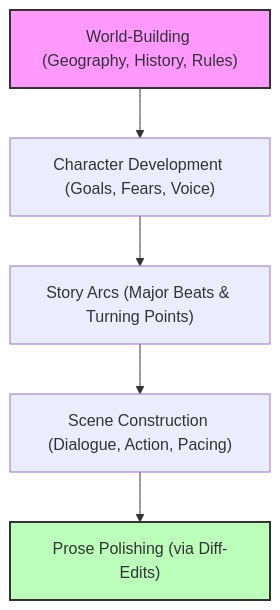
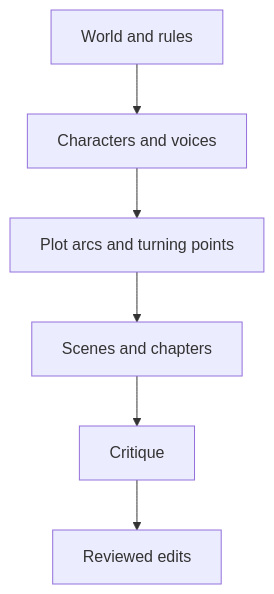
The diagram in documentation/5_BEST_PRACTICES/3_Step_by_Step_Development.md (sasadjukic/sammyai), drawn with Mermaid before and after one commit. The commit also changed other lines of this file and 37 other files, not shown here.

````diff
--- a/documentation/5_BEST_PRACTICES/3_Step_by_Step_Development.md
+++ b/documentation/5_BEST_PRACTICES/3_Step_by_Step_Development.md
@@ -21,9 +18,8 @@
 ```mermaid
 graph TD
-    A["World-Building (Geography, History, Rules)"] --> B["Character Development (Goals, Fears, Voice)"]
-    B --> C["Story Arcs (Major Beats & Turning Points)"]
-    C --> D["Scene Construction (Dialogue, Action, Pacing)"]
-    D --> E["Prose Polishing (via Diff-Edits)"]
-    style A fill:#f9f,stroke:#333,stroke-width:2px
-    style E fill:#bfb,stroke:#333,stroke-width:2px
+    A["World and rules"] --> B["Characters and voices"]
+    B --> C["Plot arcs and turning points"]
+    C --> D["Scenes and chapters"]
+    D --> E["Critique"]
+    E --> F["Reviewed edits"]
 ```
````
